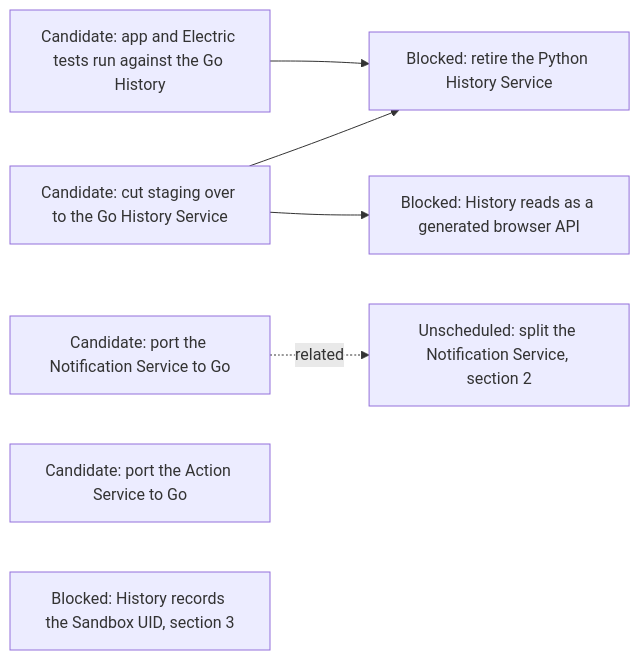
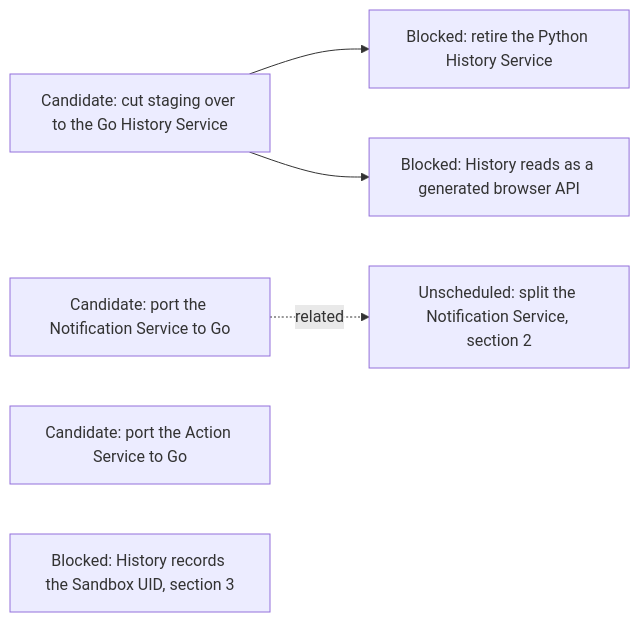
Before and after one commit to agentydragon-agent/ducktape: diagram 17 of 17 in agentplane/plans/task_dag.md, drawn with Mermaid. The commit also changed other lines of this file and 29 other files, not shown here.

````diff
--- a/agentplane/plans/task_dag.md
+++ b/agentplane/plans/task_dag.md
@@ -1926,15 +1926,13 @@
 ```mermaid
 flowchart LR
-    HISTORY_TEST_BACKEND_ON_GO[Candidate: app and Electric tests run against the Go History]
     HISTORY_GO_STAGING_CUTOVER[Candidate: cut staging over to the Go History Service]
     HISTORY_PYTHON_RETIREMENT[Blocked: retire the Python History Service]
     HISTORY_READS_FACADE[Blocked: History reads as a generated browser API]
     NOTIFICATION_SERVICE_GO_PORT[Candidate: port the Notification Service to Go]
     ACTION_SERVICE_GO_PORT[Candidate: port the Action Service to Go]
     NOTIFICATION_SERVICE_SPLIT[Unscheduled: split the Notification Service, section 2]
     HISTORY_SANDBOX_UID[Blocked: History records the Sandbox UID, section 3]
     HISTORY_GO_STAGING_CUTOVER --> HISTORY_PYTHON_RETIREMENT
-    HISTORY_TEST_BACKEND_ON_GO --> HISTORY_PYTHON_RETIREMENT
     HISTORY_GO_STAGING_CUTOVER --> HISTORY_READS_FACADE
     NOTIFICATION_SERVICE_GO_PORT -. related .-> NOTIFICATION_SERVICE_SPLIT
 ```
````
